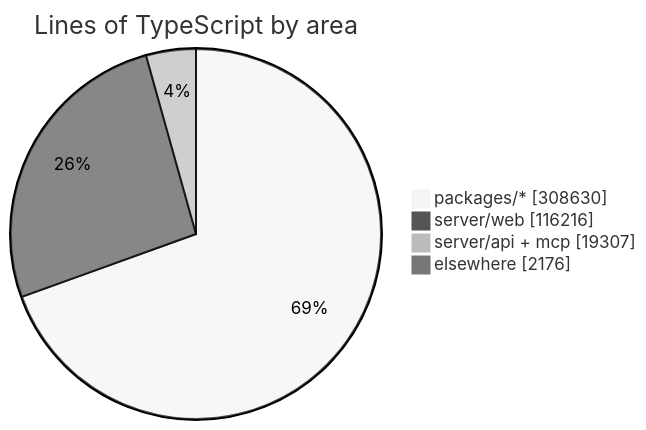
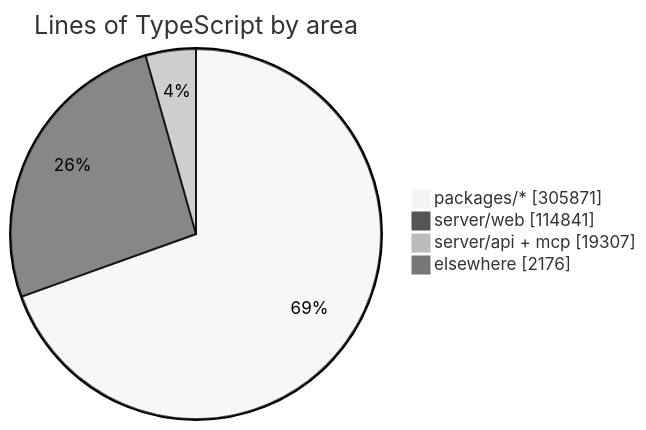
Before and after one commit to crossworks-engineering/mantle: the diagram in README.md, drawn with Mermaid (neutral theme). The commit also changed other lines of this file and 2 other files, not shown here.

````diff
--- a/README.md
+++ b/README.md
@@ -294,7 +294,7 @@
 ```mermaid
 pie showData title Lines of TypeScript by area
-    "packages/*" : 308630
-    "server/web" : 116216
+    "packages/*" : 305871
+    "server/web" : 114841
     "server/api + mcp" : 19307
     "elsewhere" : 2176
 ```
````
